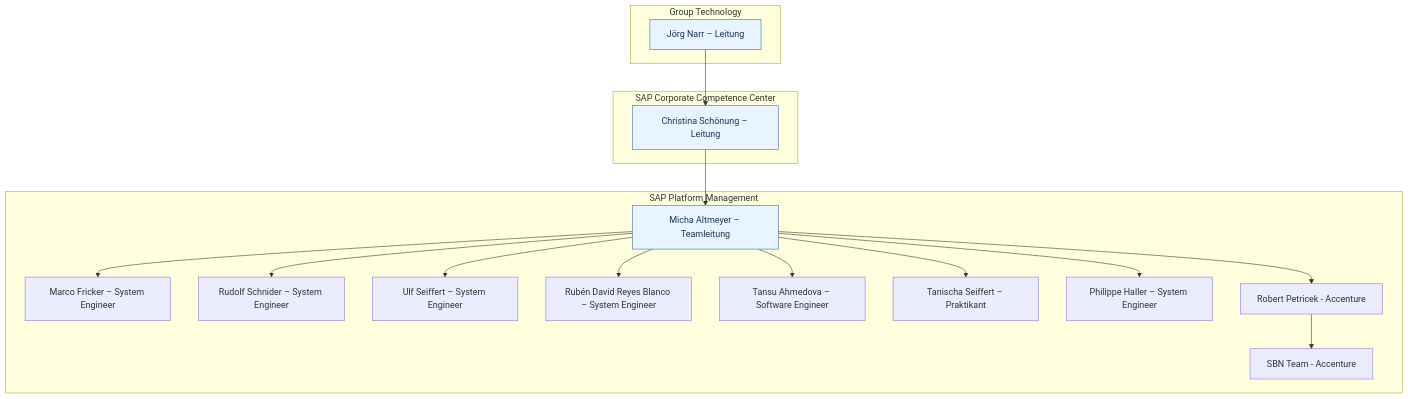
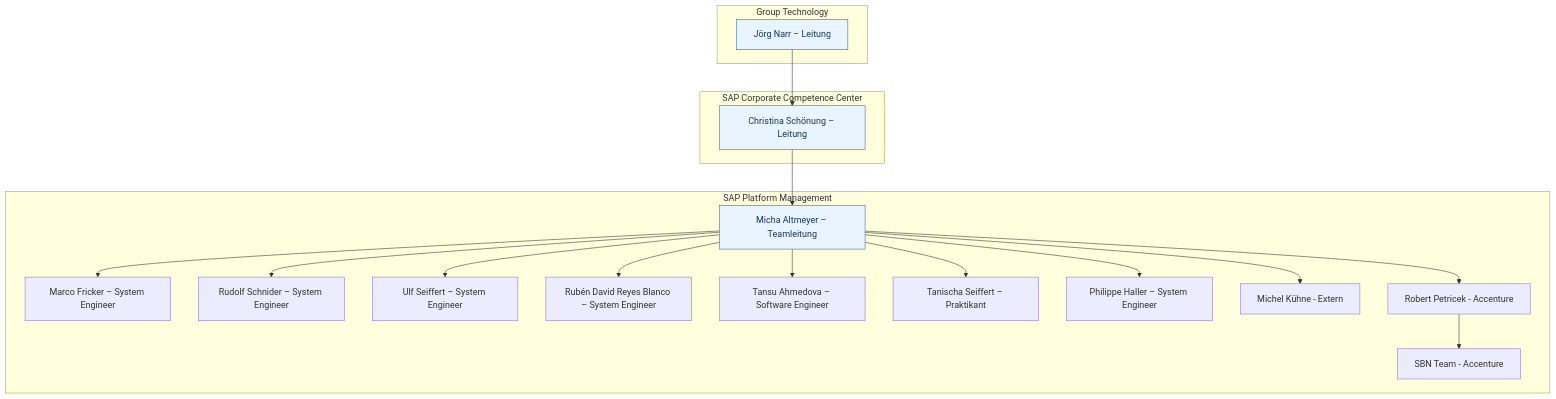
One commit to mikealkmeier/prompt-bibliothek changed the diagram in prompts/wissenbasis/antworten/2.1.6.md. Above: the diagram before and after it, drawn with Mermaid.

````diff
--- a/prompts/wissenbasis/antworten/2.1.6.md
+++ b/prompts/wissenbasis/antworten/2.1.6.md
@@ -5,41 +5,43 @@
 ```mermaid
 flowchart TB
   %% Ebenen als Subgraphs
   subgraph GT[Group Technology]
     JN[Jörg Narr – Leitung]
   end
 
   subgraph CCC[SAP Corporate Competence Center]
     CS[Christina Schönung – Leitung]
   end
 
   subgraph PLM[SAP Platform Management]
     MA[Micha Altmeyer – Teamleitung]
     MF[Marco Fricker – System Engineer]
     RS[Rudolf Schnider – System Engineer]
     US[Ulf Seiffert – System Engineer]
     RR[Rubén David Reyes Blanco – System Engineer]
     TA[Tansu Ahmedova – Software Engineer]
     TS[Tanischa Seiffert – Praktikant]
     PH[Philippe Haller – System Engineer]
+    MK[Michel Kühne - Extern]
     RP[Robert Petricek - Accenture]
     SBN[SBN Team - Accenture]
   end
 
   %% Berichtslinien
   JN --> CS
   CS --> MA
   MA --> MF
   MA --> RS
   MA --> US
   MA --> RR
   MA --> TA
   MA --> TS
   MA --> PH
+  MA --> MK
   MA --> RP
   RP --> SBN
 
   %% Optionales Styling
   classDef lead fill:#e8f4ff,stroke:#2b6cb0,color:#1a365d;
   class JN,CS,MA lead;
 ```
````
